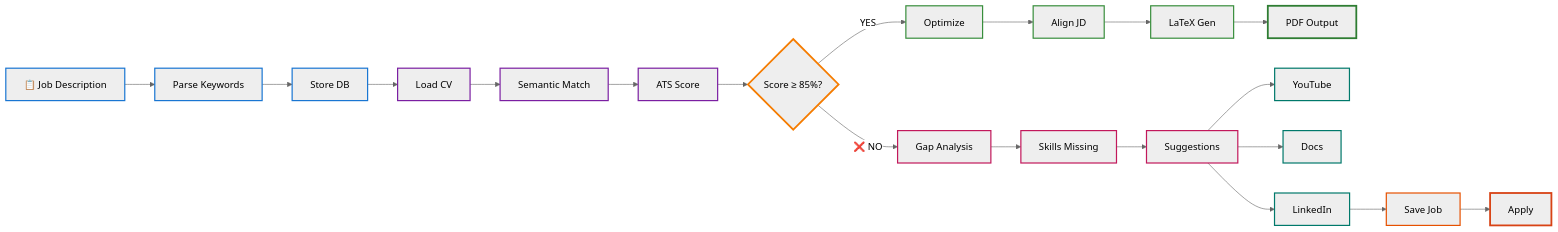
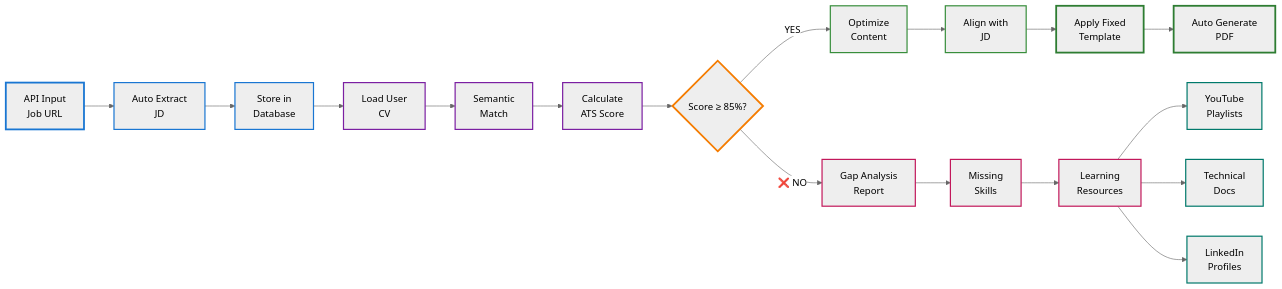
Before and after one commit to Kaviya242709/Resume-Builder-: the second of 2 diagrams in README.md, drawn with Mermaid (neutral theme).

````diff
--- a/README.md
+++ b/README.md
@@ -58,52 +58,46 @@
 ```mermaid
 graph LR
-    A["📋 Job Description"] --> B["Parse Keywords"]
-    B --> C["Store DB"]
-    C --> D["Load CV"]
-    D --> E["Semantic Match"]
-    E --> F["ATS Score"]
+    A["API Input<br/>Job URL"] --> B["Auto Extract<br/>JD"]
+    B --> C["Store in<br/>Database"]
+    C --> D["Load User<br/>CV"]
+    D --> E["Semantic<br/>Match"]
+    E --> F["Calculate<br/>ATS Score"]
     
     F --> G{Score ≥ 85%?}
     
-    G -->|YES| H["Optimize"]
-    H --> I["Align JD"]
-    I --> J["LaTeX Gen"]
-    J --> K["PDF Output"]
+    G -->|YES| H["Optimize<br/>Content"]
+    H --> I["Align with<br/>JD"]
+    I --> J["Apply Fixed<br/>Template"]
+    J --> K["Auto Generate<br/>PDF"]
     
-    G -->|❌ NO| L["Gap Analysis"]
-    L --> M["Skills Missing"]
-    M --> N["Suggestions"]
+    G -->|❌ NO| L["Gap Analysis<br/>Report"]
+    L --> M["Missing<br/>Skills"]
+    M --> N["Learning<br/>Resources"]
     
-    N --> O["YouTube"]
-    N --> P["Docs"]
-    N --> Q["LinkedIn"]
+    N --> O["YouTube<br/>Playlists"]
+    N --> P["Technical<br/>Docs"]
+    N --> Q["LinkedIn<br/>Profiles"]
     
-    Q --> R["Save Job"]
-    R --> S["Apply"]
-    
-    style A stroke:#1976d2,stroke-width:2px
+    style A stroke:#1976d2,stroke-width:3px
     style B stroke:#1976d2,stroke-width:2px
     style C stroke:#1976d2,stroke-width:2px
     
     style D stroke:#7b1fa2,stroke-width:2px
     style E stroke:#7b1fa2,stroke-width:2px
     style F stroke:#7b1fa2,stroke-width:2px
     
     style G stroke:#f57c00,stroke-width:3px
     
     style H stroke:#388e3c,stroke-width:2px
     style I stroke:#388e3c,stroke-width:2px
-    style J stroke:#388e3c,stroke-width:2px
+    style J stroke:#2e7d32,stroke-width:3px
     style K stroke:#2e7d32,stroke-width:3px
     
     style L stroke:#c2185b,stroke-width:2px
     style M stroke:#c2185b,stroke-width:2px
     style N stroke:#c2185b,stroke-width:2px
     
     style O stroke:#00796b,stroke-width:2px
     style P stroke:#00796b,stroke-width:2px
     style Q stroke:#00796b,stroke-width:2px
-    
-    style R stroke:#e65100,stroke-width:2px
-    style S stroke:#d84315,stroke-width:3px
 ```
````
